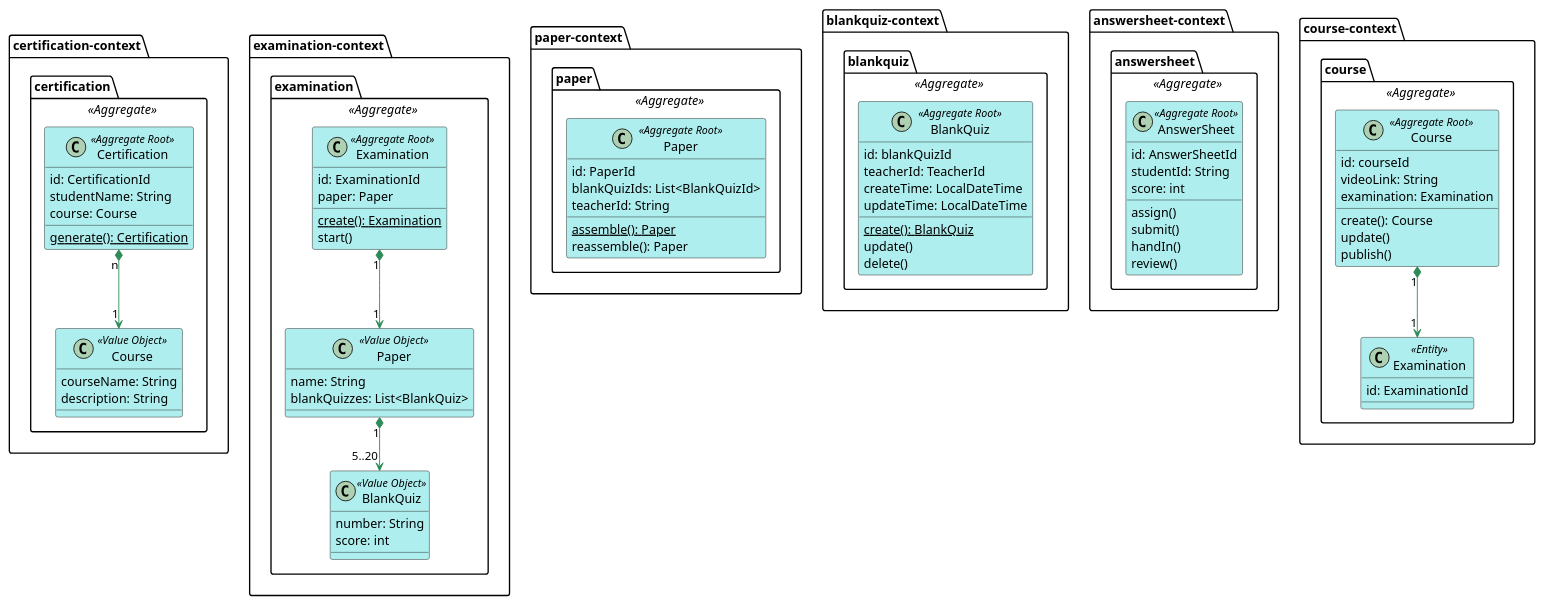
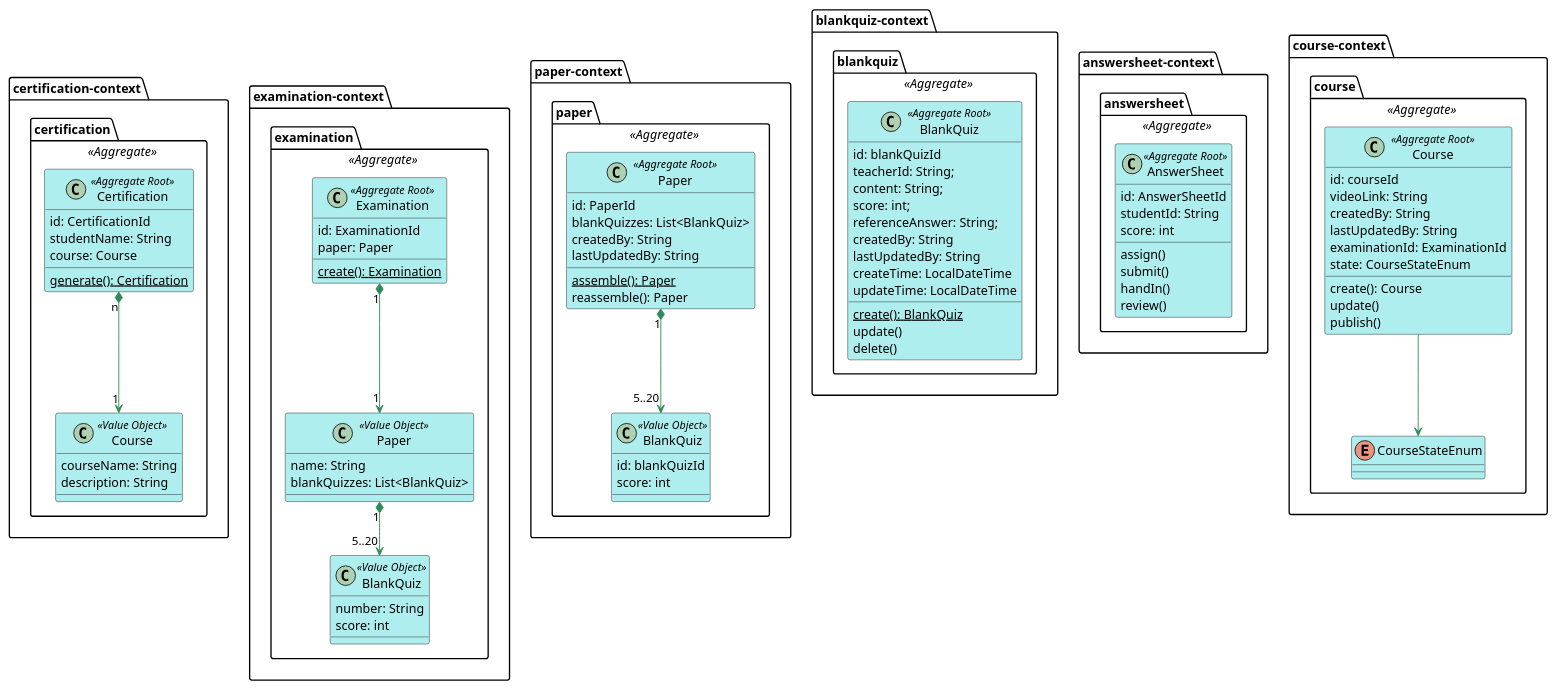
The diagram in design/domain_model.puml (DDD-Bootcamp/exam-plantform-hexagonal), drawn with PlantUML before and after one commit. The commit also changed 91 other files, not shown here.

```diff
--- a/design/domain_model.puml
+++ b/design/domain_model.puml
@@ -1,180 +1,193 @@
 @startuml
 skinparam Shadowing false
 skinparam class {
     BackgroundColor PaleTurquoise 
     ArrowColor SeaGreen
 }
 
 package certification-context {
     package certification <<Aggregate>> {
         class Certification <<Aggregate Root>> {
             id: CertificationId
             studentName: String
             course: Course
             {static} generate(): Certification
         }
         class "Course" as cc <<Value Object>> {
             courseName: String
             description: String
         }
         Certification "n" *--> "1" cc
     }
 }
 
 package examination-context {
     package examination <<Aggregate>> {
         class Examination <<Aggregate Root>> {
             id: ExaminationId
             paper: Paper
             {static} create(): Examination
-            start()
         }
         class "Paper" as ep <<Value Object>> {
             name: String
             blankQuizzes: List<BlankQuiz>
         }
         class "BlankQuiz" as ebq <<Value Object>> {
             number: String
             score: int
         }
         Examination "1" *--> "1" ep
         ep "1" *--> "5..20" ebq
     }
 }
 
 package paper-context {
     package paper <<Aggregate>> {
         class Paper <<Aggregate Root>> {
             id: PaperId
-            blankQuizIds: List<BlankQuizId>
-            teacherId: String
+            blankQuizzes: List<BlankQuiz>
+            createdBy: String
+            lastUpdatedBy: String
             {static} assemble(): Paper
             reassemble(): Paper
         }
+
+        class "BlankQuiz" as pbq <<Value Object>> {
+            id: blankQuizId
+            score: int
+        }
+        Paper "1" *--> "5..20" pbq
     }
 }
 
 package blankquiz-context {
     package blankquiz <<Aggregate>> {
         class BlankQuiz <<Aggregate Root>> {
             id: blankQuizId
-            teacherId: TeacherId
+            teacherId: String;
+            content: String;
+            score: int;
+            referenceAnswer: String;
+            createdBy: String
+            lastUpdatedBy: String
             createTime: LocalDateTime
             updateTime: LocalDateTime
             {static} create(): BlankQuiz
             update()
             delete()
         }
     }
 }
 
 package answersheet-context {
     package answersheet <<Aggregate>> {
         class AnswerSheet <<Aggregate Root>> {
             id: AnswerSheetId
             studentId: String
             score: int
             assign()
             submit()
             handIn()
             review()
         }
     }
 }
 
 package course-context {
     package course <<Aggregate>> {
         class Course <<Aggregate Root>> {
             id: courseId
             videoLink: String
-            examination: Examination
+            createdBy: String
+            lastUpdatedBy: String
+            examinationId: ExaminationId
             create(): Course
+            state: CourseStateEnum
             update()
             publish()
         }
 
-        class "Examination" as ce <<Entity>> {
-            id: ExaminationId
+        Course --> CourseStateEnum
+        enum CourseStateEnum {
         }
-        Course "1" *--> "1" ce
     }
 }
 
 
 
 
 ' package examination {
 '     package examination <<Aggregate>> {
 '         class Examination <<Entity>> <<Aggregate Root>> {
 '             id: ExaminationId
 '             paperId: PaperId
 '             createTime: LocalDateTime
 '             startTime: LocalDateTime
 '             endTime: LocalDateTime
 '             answerSheetIds: List<AnswerSheetId>
 '         }
 
 '         interface ExaminationSpecification {
 '             isSatisfiedBy(Examination examination): boolean
 '         }
 '         UniquePaperExaminationSpecification --|> ExaminationSpecification
 '         class UniquePaperExaminationSpecification <<Value Object>> {
 '             isSatisfiedBy(Examination examination): boolean 
 '         }
 '         OverTimeExaminationSpecification --|> ExaminationSpecification
 '         class OverTimeExaminationSpecification <<Value Object>> {
 '             isSatisfiedBy(Examination examination): boolean 
 '         }
 '         Examination --up[hidden] ExaminationSpecification
 '         creatingExaminationService --up[hidden] Examination
 '     }
 ' }
 
 ' package paper {
 '     package paper <<Aggregate>> {
 '         class Paper <<Entity>> <<Aggregate Root>> {
 '             id: PaperId 
 '             quizToReferenceAnswerMap: Map<Quiz, ReferenceAnswer>
 '             score(AnswerSheet answerSheet): BigDecimal
 '         }
 '         Paper ..> AnswerSheet
 '         class AnswerSheet <<Value Object>> {
 '             quizToAnswerMap: Map<Quiz, Answer>
 '         }
 '         Paper --> ReferenceAnswer
 '         class ReferenceAnswer <<Value Object>>
 '         ReferenceAnswer --|> Answer
 '         Paper ..> Answer
 '         class Answer <<Value Object>> {
 '             value: String 
 '         }
 '         Paper --> Quiz
 '         class Quiz <<Value Object>> {
 '             description: String 
 '             score: Long 
 '         }
 '         Paper --up[hidden] PaperSpecification
 '         interface PaperSpecification {
 '             isSatisfiedBy(Paper paper): boolean 
 '         }
 '         QuizCountPaperSpecification --|> PaperSpecification
 '         class QuizCountPaperSpecification <<Value Object>> {
 '             isSatisfiedBy(Paper paper): boolean
 '         }
 '         TotalScorePaperSpecification --|> PaperSpecification
 '         class TotalScorePaperSpecification <<Value Object>> {
 '             isSatisfiedBy(Paper paper): boolean 
 '         }
 '         DuplicateQuizPaperSpecification --|> PaperSpecification
 '         class DuplicateQuizPaperSpecification <<Value Object>> {
 '             isSatisfiedBy(Paper paper): boolean 
 '         }
 '         class BlankQuiz <<Value Object>>
 '         class Quiz <<Value Object>> {
 '             score: Long 
 '             description: string
 '         }
 '         BlankQuiz -up-|> Quiz
 '     }
 ' }
 @enduml
```
